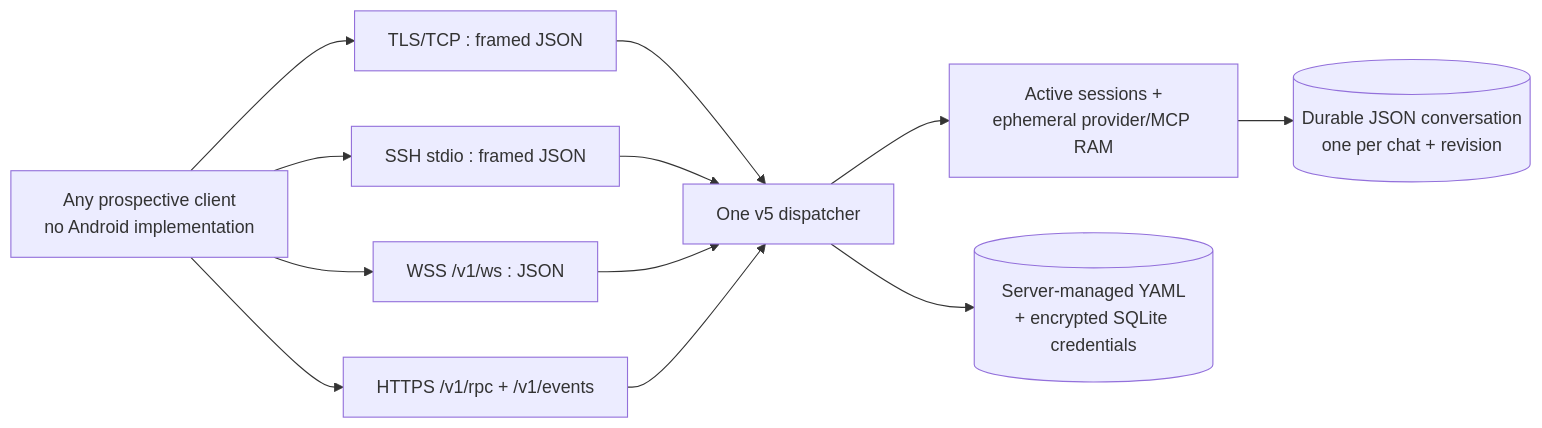
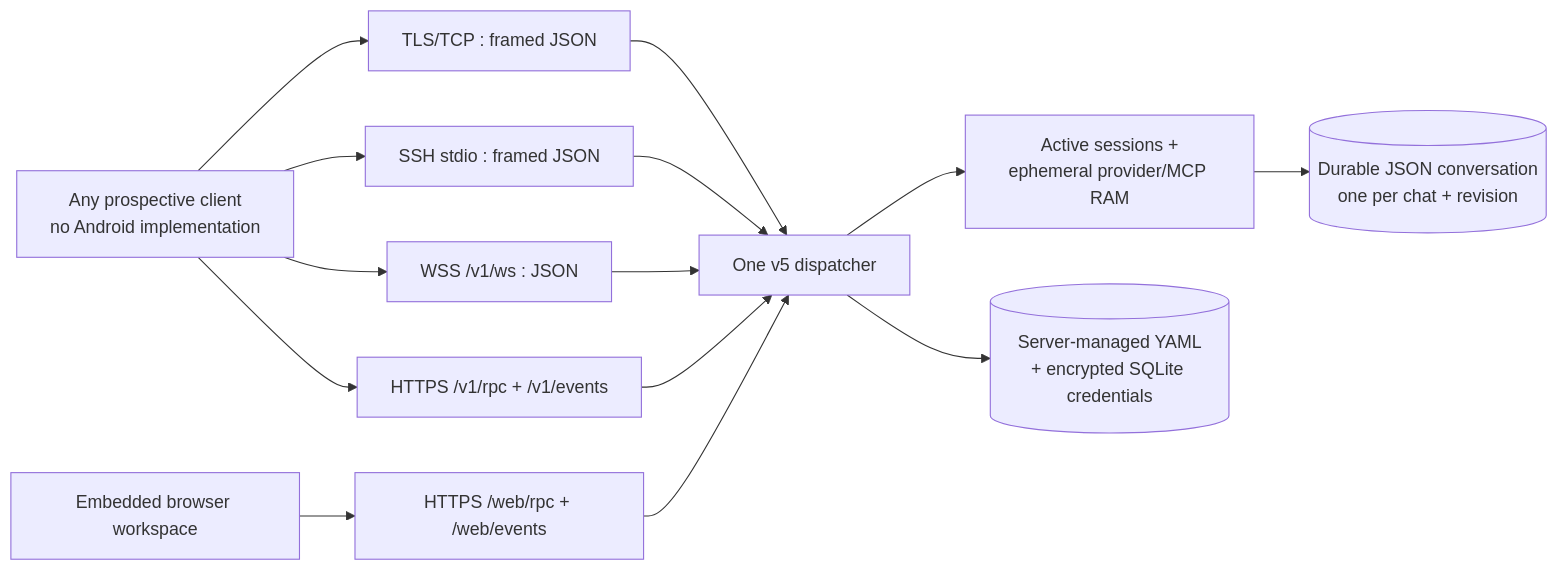
One commit to starfall-org/serverside-generative changed the first of 3 diagrams in docs/client-api-surface.md. Above: the diagram before and after it, drawn with Mermaid. The commit also changed other lines of this file and 85 other files, not shown here.

````diff
--- a/docs/client-api-surface.md
+++ b/docs/client-api-surface.md
@@ -7,17 +7,20 @@
 ```mermaid
 flowchart LR
     Client["Any prospective client<br/>no Android implementation"]
     TCP["TLS/TCP : framed JSON"]
     SSH["SSH stdio : framed JSON"]
     WS["WSS /v1/ws : JSON"]
     HTTP["HTTPS /v1/rpc + /v1/events"]
     RPC["One v5 dispatcher"]
+    Browser["Embedded browser workspace"]
+    Web["HTTPS /web/rpc + /web/events"]
     Runtime["Active sessions +<br/>ephemeral provider/MCP RAM"]
     Chat[("Durable JSON conversation<br/>one per chat + revision")]
     Config[("Server-managed YAML<br/>+ encrypted SQLite credentials")]
     Client --> TCP & SSH & WS & HTTP
-    TCP & SSH & WS & HTTP --> RPC
+    Browser --> Web
+    TCP & SSH & WS & HTTP & Web --> RPC
     RPC --> Runtime
     Runtime --> Chat
     RPC --> Config
 ```
````
